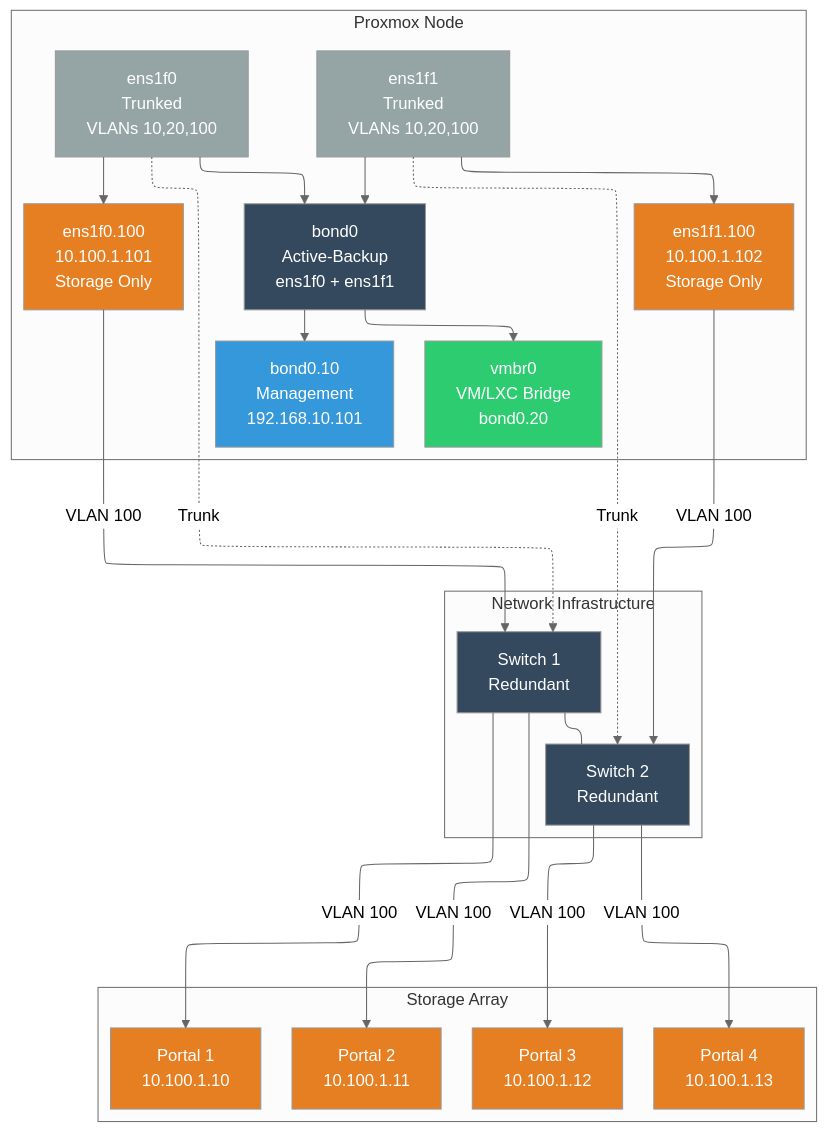
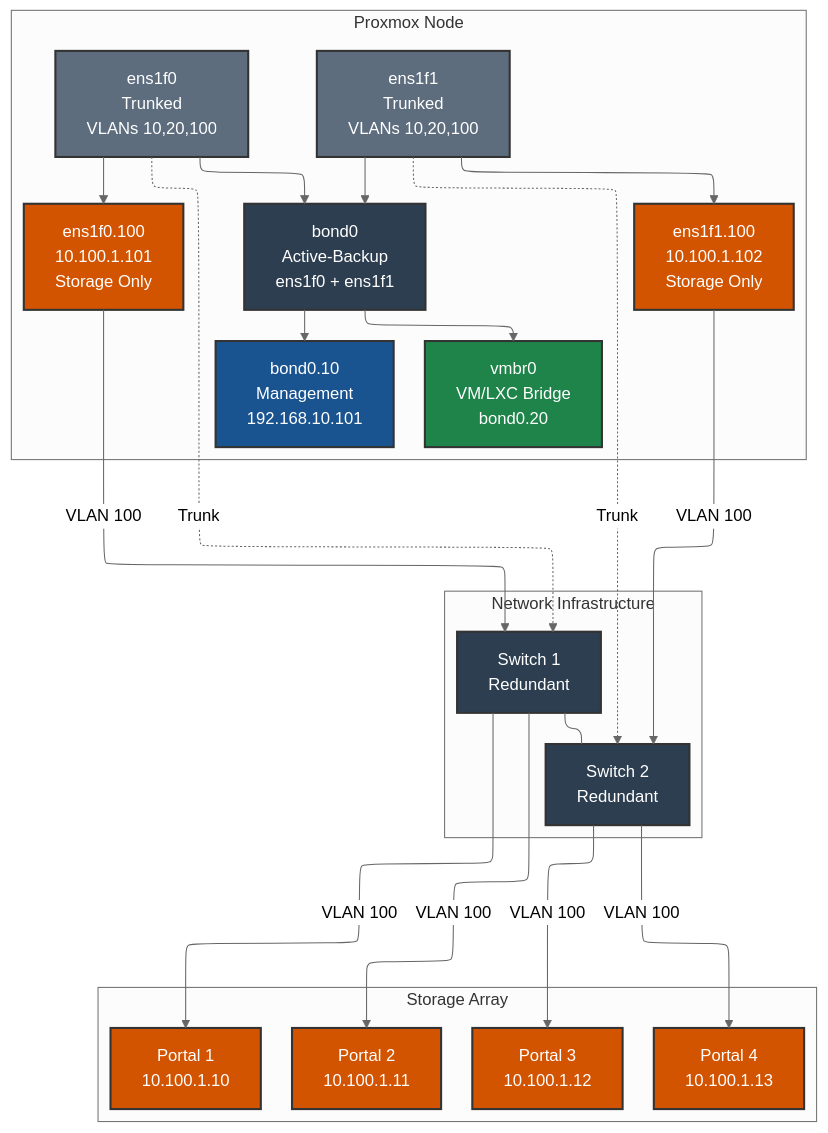
The third of 8 diagrams in Proxmox/nvme-tcp/BEST-PRACTICES.md (khensler/Quickstart-Guides), drawn with Mermaid (neutral theme) before and after one commit. The commit also changed other lines of this file and 106 other files, not shown here.

````diff
--- a/Proxmox/nvme-tcp/BEST-PRACTICES.md
+++ b/Proxmox/nvme-tcp/BEST-PRACTICES.md
@@ -203,57 +222,57 @@
 ```mermaid
 flowchart-elk
     subgraph NODE["Proxmox Node"]
         NIC1[ens1f0<br/>Trunked<br/>VLANs 10,20,100]
         NIC2[ens1f1<br/>Trunked<br/>VLANs 10,20,100]
         STORAGE1[ens1f0.100<br/>10.100.1.101<br/>Storage Only]
         STORAGE2[ens1f1.100<br/>10.100.1.102<br/>Storage Only]
         BOND[bond0<br/>Active-Backup<br/>ens1f0 + ens1f1]
         MGMT[bond0.10<br/>Management<br/>192.168.10.101]
         BRIDGE[vmbr0<br/>VM/LXC Bridge<br/>bond0.20]
         NIC1 --> STORAGE1
         NIC2 --> STORAGE2
         NIC1 --> BOND
         NIC2 --> BOND
         BOND --> MGMT
         BOND --> BRIDGE
     end
 
     subgraph INFRA["Network Infrastructure"]
         SW1[Switch 1<br/>Redundant]
         SW2[Switch 2<br/>Redundant]
     end
 
     subgraph ARRAY["Storage Array"]
         P1[Portal 1<br/>10.100.1.10]
         P2[Portal 2<br/>10.100.1.11]
         P3[Portal 3<br/>10.100.1.12]
         P4[Portal 4<br/>10.100.1.13]
     end
 
     NIC1 -.->|Trunk| SW1
     NIC2 -.->|Trunk| SW2
 
     STORAGE1 -->|VLAN 100| SW1
     STORAGE2 -->|VLAN 100| SW2
 
     SW1 -->|VLAN 100| P1
     SW1 -->|VLAN 100| P2
     SW2 -->|VLAN 100| P3
     SW2 -->|VLAN 100| P4
 
     SW1 --- SW2
 
-    style STORAGE1 fill:#e67e22,color:#fff
-    style STORAGE2 fill:#e67e22,color:#fff
-    style NIC1 fill:#95a5a6,color:#fff
-    style NIC2 fill:#95a5a6,color:#fff
-    style BOND fill:#34495e,color:#fff
-    style MGMT fill:#3498db,color:#fff
-    style BRIDGE fill:#2ecc71,color:#fff
-    style P1 fill:#e67e22,color:#fff
-    style P2 fill:#e67e22,color:#fff
-    style P3 fill:#e67e22,color:#fff
-    style P4 fill:#e67e22,color:#fff
-    style SW1 fill:#34495e,color:#fff
-    style SW2 fill:#34495e,color:#fff
+    style STORAGE1 fill:#d35400,stroke:#333,stroke-width:2px,color:#fff
+    style STORAGE2 fill:#d35400,stroke:#333,stroke-width:2px,color:#fff
+    style NIC1 fill:#5d6d7e,stroke:#333,stroke-width:2px,color:#fff
+    style NIC2 fill:#5d6d7e,stroke:#333,stroke-width:2px,color:#fff
+    style BOND fill:#2c3e50,stroke:#333,stroke-width:2px,color:#fff
+    style MGMT fill:#1a5490,stroke:#333,stroke-width:2px,color:#fff
+    style BRIDGE fill:#1e8449,stroke:#333,stroke-width:2px,color:#fff
+    style P1 fill:#d35400,stroke:#333,stroke-width:2px,color:#fff
+    style P2 fill:#d35400,stroke:#333,stroke-width:2px,color:#fff
+    style P3 fill:#d35400,stroke:#333,stroke-width:2px,color:#fff
+    style P4 fill:#d35400,stroke:#333,stroke-width:2px,color:#fff
+    style SW1 fill:#2c3e50,stroke:#333,stroke-width:2px,color:#fff
+    style SW2 fill:#2c3e50,stroke:#333,stroke-width:2px,color:#fff
 ```
````
